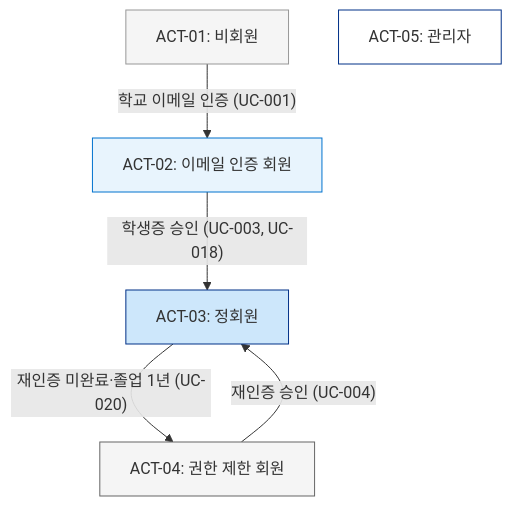
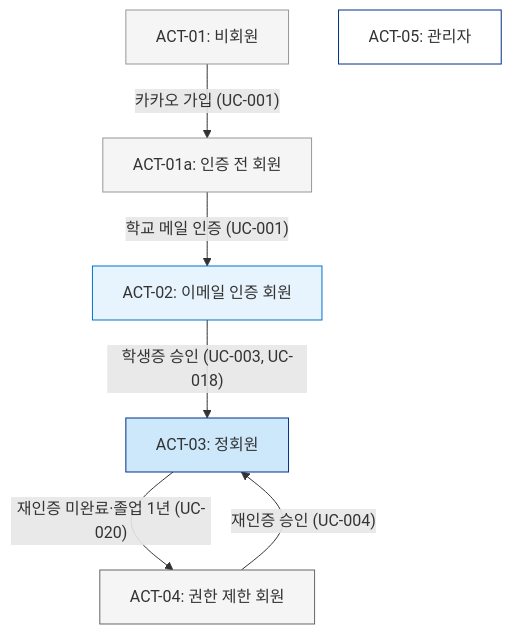
The third of 3 diagrams in waterfall/01-요구사항분석/유스케이스명세서.md (yuna14742/sookbak-sookbak), drawn with Mermaid before and after one commit. The commit also changed other lines of this file and 4 other files, not shown here.

````diff
--- a/waterfall/01-요구사항분석/유스케이스명세서.md
+++ b/waterfall/01-요구사항분석/유스케이스명세서.md
@@ -162,19 +167,22 @@
 ```mermaid
 flowchart TB
     GUEST["ACT-01: 비회원"]
+    KAKAO["ACT-01a: 인증 전 회원"]
     EMAIL["ACT-02: 이메일 인증 회원"]
     MEMBER["ACT-03: 정회원"]
     RESTRICT["ACT-04: 권한 제한 회원"]
     ADMIN["ACT-05: 관리자"]
 
-    GUEST -->|"학교 이메일 인증 (UC-001)"| EMAIL
+    GUEST -->|"카카오 가입 (UC-001)"| KAKAO
+    KAKAO -->|"학교 메일 인증 (UC-001)"| EMAIL
     EMAIL -->|"학생증 승인 (UC-003, UC-018)"| MEMBER
     MEMBER -->|"재인증 미완료·졸업 1년 (UC-020)"| RESTRICT
     RESTRICT -->|"재인증 승인 (UC-004)"| MEMBER
 
     style GUEST fill:#F5F5F5,stroke:#979797
+    style KAKAO fill:#F5F5F5,stroke:#979797
     style EMAIL fill:#E8F4FD,stroke:#0072CE
     style MEMBER fill:#CDE7FB,stroke:#003087
     style RESTRICT fill:#F5F5F5,stroke:#656565
     style ADMIN fill:#FFFFFF,stroke:#003087
 ```
````
